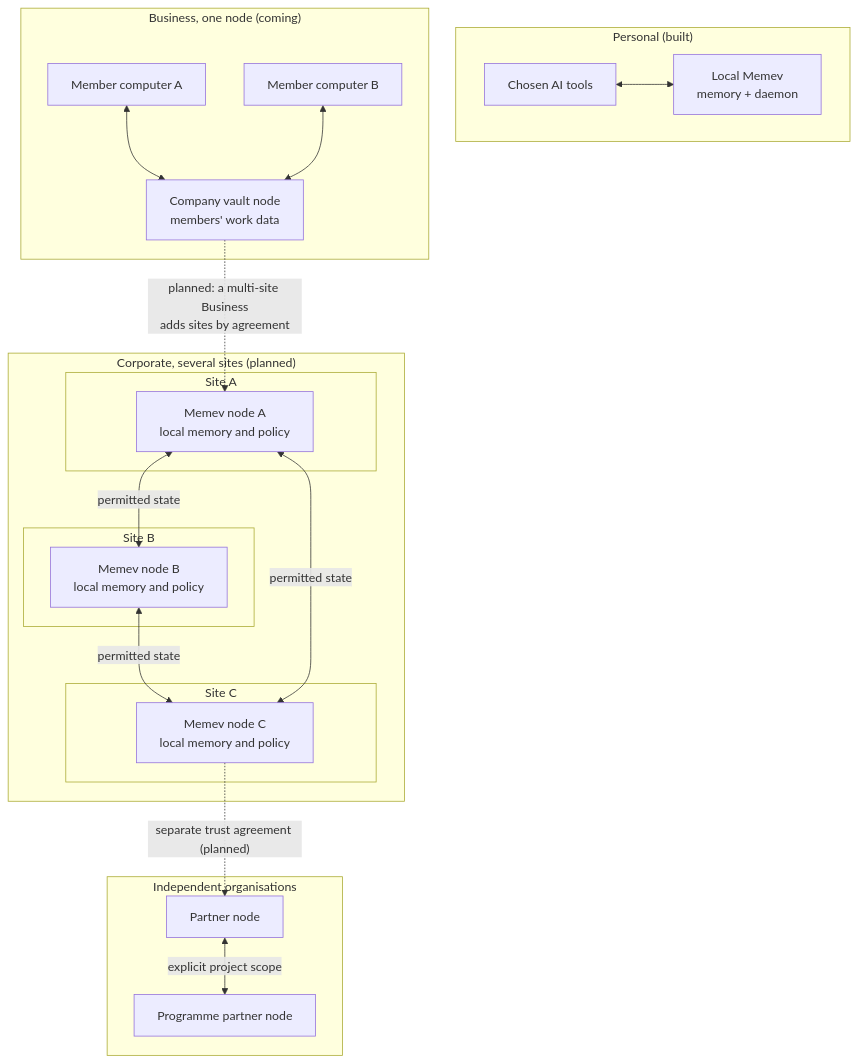
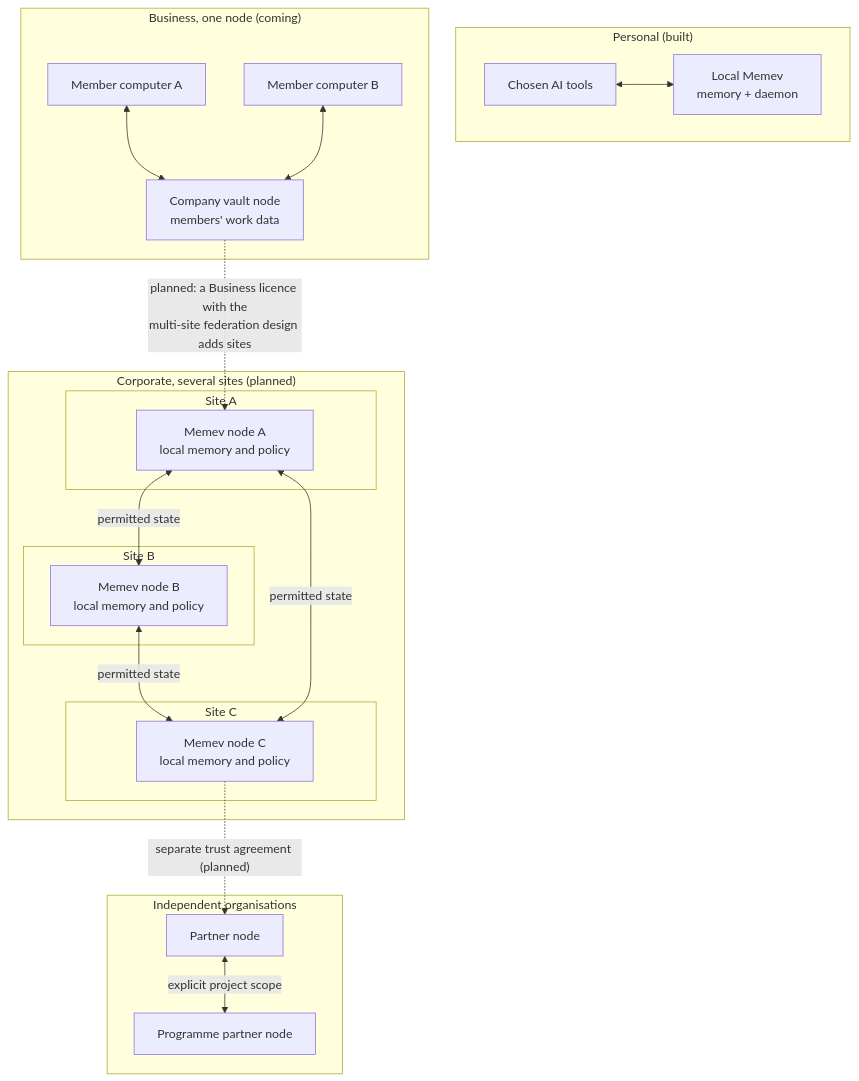
Before and after one commit to mgillr/memev: the diagram in docs/FEDERATION.md, drawn with Mermaid. The commit also changed other lines of this file and 13 other files, not shown here.

First line of the commit message:
docs: provider policy on the site pages and the services route to several sites

````diff
--- a/docs/FEDERATION.md
+++ b/docs/FEDERATION.md
@@ -103,36 +103,36 @@
 ```mermaid
 flowchart TB
   subgraph person["Personal (built)"]
     p["Local Memev<br/>memory + daemon"]
     pa["Chosen AI tools"]
     pa <--> p
   end
   subgraph small["Business, one node (coming)"]
     s1["Member computer A"]
     s2["Member computer B"]
     sm["Company vault node<br/>members' work data"]
     s1 <--> sm
     s2 <--> sm
   end
   subgraph corp["Corporate, several sites (planned)"]
     subgraph siteA["Site A"]
       a["Memev node A<br/>local memory and policy"]
     end
     subgraph siteB["Site B"]
       b["Memev node B<br/>local memory and policy"]
     end
     subgraph siteC["Site C"]
       c["Memev node C<br/>local memory and policy"]
     end
     a <-->|"permitted state"| b
     b <-->|"permitted state"| c
     a <-->|"permitted state"| c
   end
   subgraph partners["Independent organisations"]
     x["Partner node"]
     y["Programme partner node"]
     x <-->|"explicit project scope"| y
   end
-  sm -. "planned: a multi-site Business<br/>adds sites by agreement" .-> a
+  sm -. "planned: a Business licence with the<br/>multi-site federation design adds sites" .-> a
   c -. "separate trust agreement (planned)" .-> x
 ```
````
